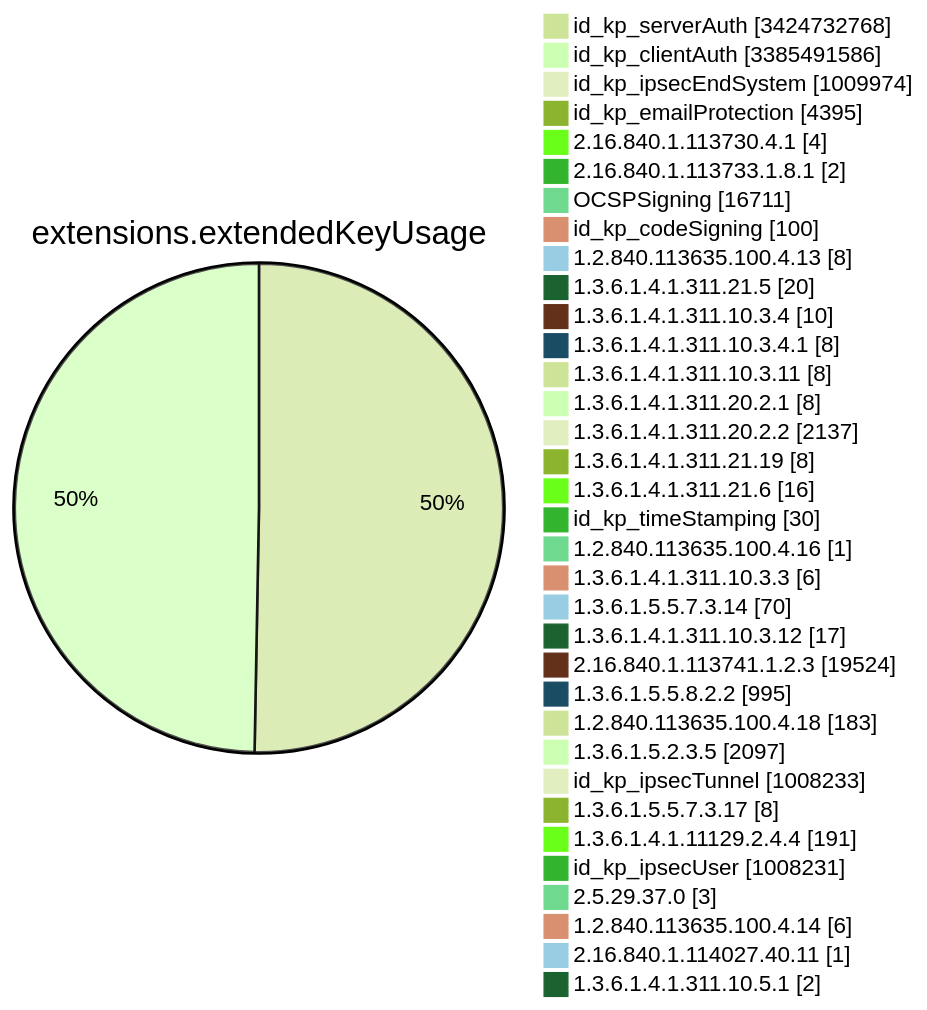
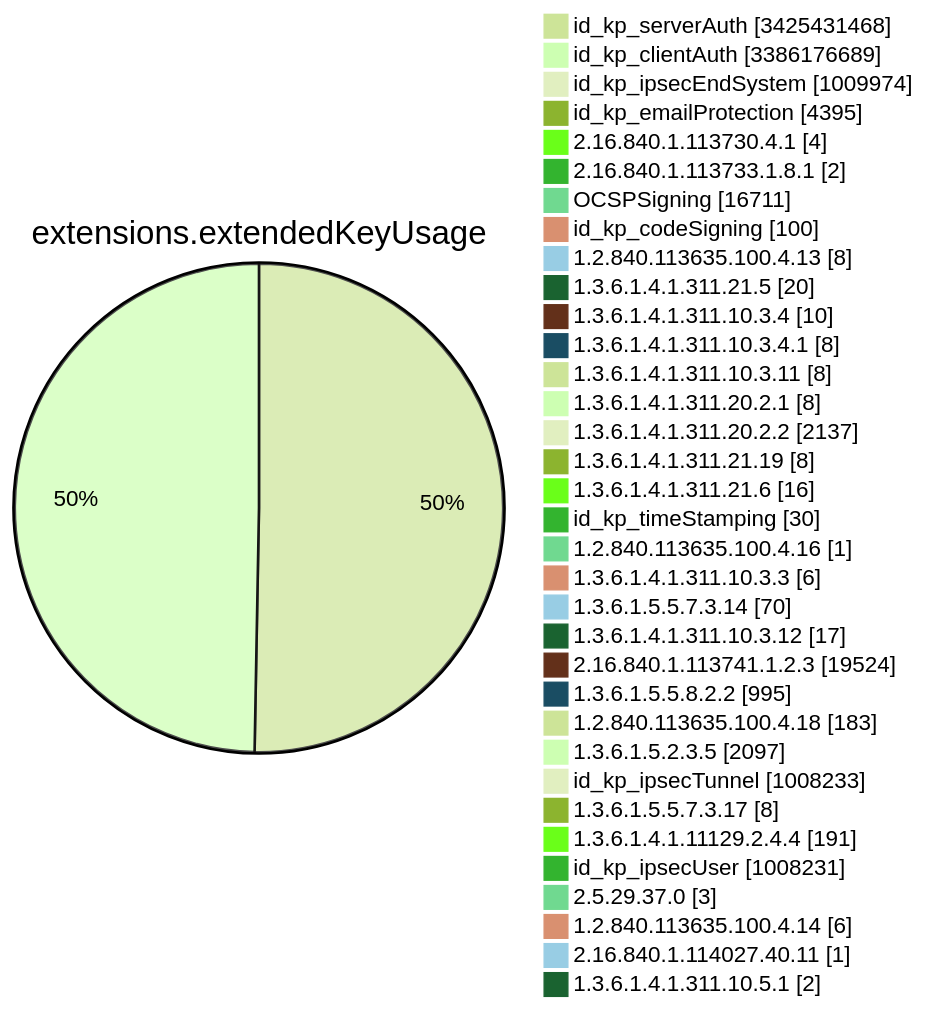
One commit to christiankrug/ctmonitor_visualization changed diagram 11 of 15 in TOTAL/README.md. Above: the diagram before and after it, drawn with Mermaid (forest theme). The commit also changed other lines of this file, not shown here.

````diff
--- a/TOTAL/README.md
+++ b/TOTAL/README.md
@@ -4122,38 +4122,38 @@
 ```mermaid
 pie showData
 title extensions.extendedKeyUsage
-"id_kp_serverAuth" :3424732768
-"id_kp_clientAuth" :3385491586
+"id_kp_serverAuth" :3425431468
+"id_kp_clientAuth" :3386176689
 "id_kp_ipsecEndSystem" :1009974
 "id_kp_emailProtection" :4395
 "2.16.840.1.113730.4.1" :4
 "2.16.840.1.113733.1.8.1" :2
 "OCSPSigning" :16711
 "id_kp_codeSigning" :100
 "1.2.840.113635.100.4.13" :8
 "1.3.6.1.4.1.311.21.5" :20
 "1.3.6.1.4.1.311.10.3.4" :10
 "1.3.6.1.4.1.311.10.3.4.1" :8
 "1.3.6.1.4.1.311.10.3.11" :8
 "1.3.6.1.4.1.311.20.2.1" :8
 "1.3.6.1.4.1.311.20.2.2" :2137
 "1.3.6.1.4.1.311.21.19" :8
 "1.3.6.1.4.1.311.21.6" :16
 "id_kp_timeStamping" :30
 "1.2.840.113635.100.4.16" :1
 "1.3.6.1.4.1.311.10.3.3" :6
 "1.3.6.1.5.5.7.3.14" :70
 "1.3.6.1.4.1.311.10.3.12" :17
 "2.16.840.1.113741.1.2.3" :19524
 "1.3.6.1.5.5.8.2.2" :995
 "1.2.840.113635.100.4.18" :183
 "1.3.6.1.5.2.3.5" :2097
 "id_kp_ipsecTunnel" :1008233
 "1.3.6.1.5.5.7.3.17" :8
 "1.3.6.1.4.1.11129.2.4.4" :191
 "id_kp_ipsecUser" :1008231
 "2.5.29.37.0" :3
 "1.2.840.113635.100.4.14" :6
 "2.16.840.1.114027.40.11" :1
 "1.3.6.1.4.1.311.10.5.1" :2
 ```
````
